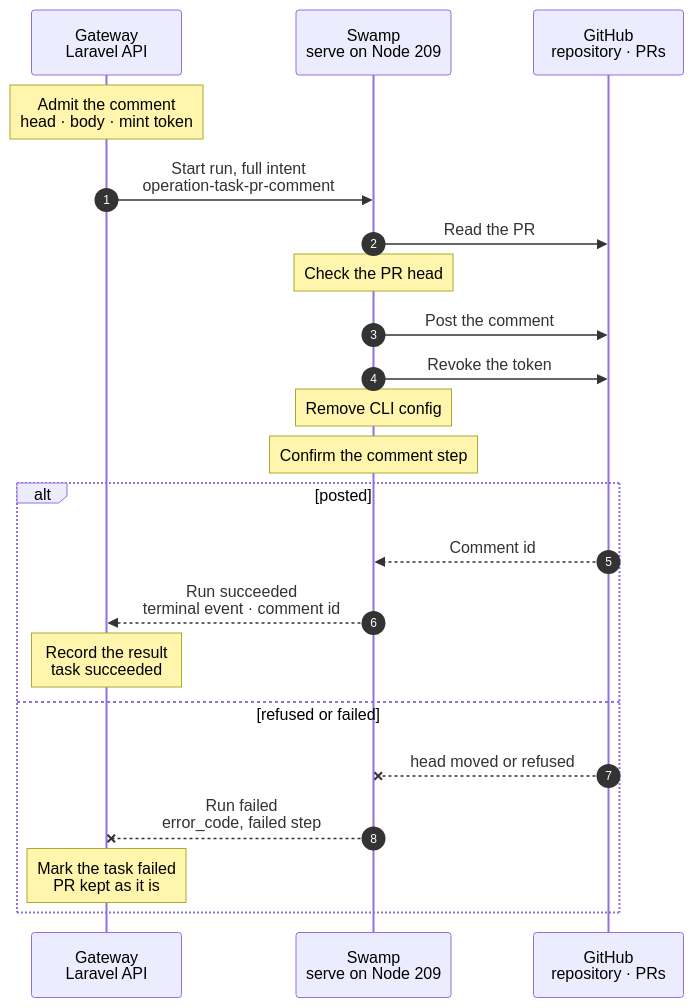
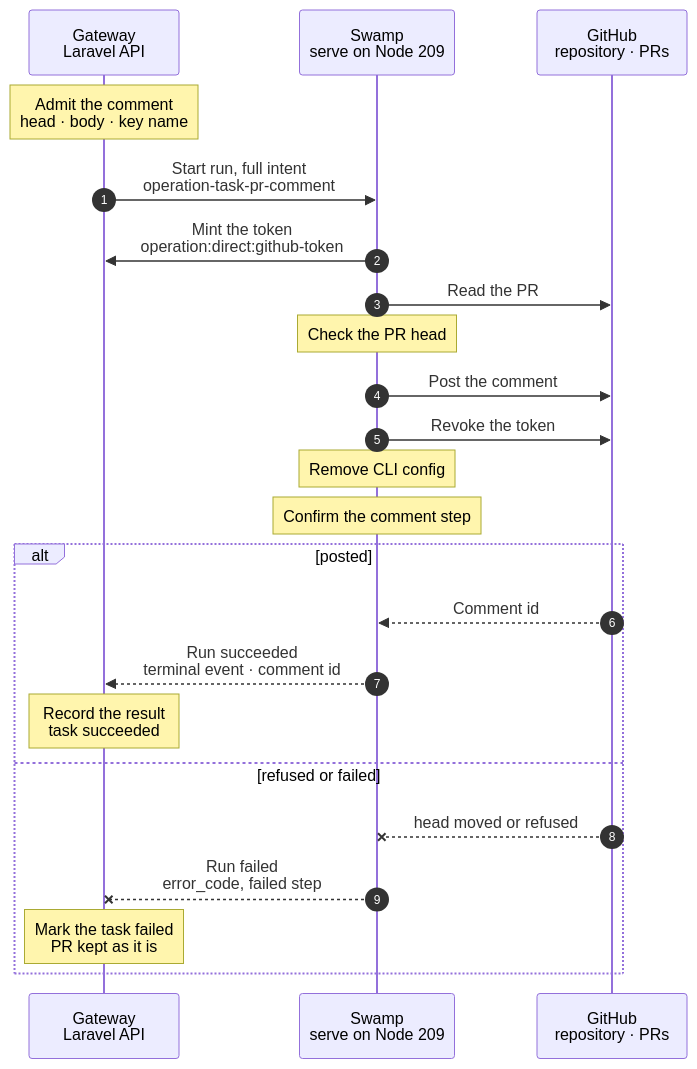
The diagram in docs/cli/tasks/pr-comment.mmd (hardimpactdev/orbit), drawn with Mermaid before and after one commit. The commit also changed 18 other files, not shown here.

First line of the commit message:
tasks: mint the pull request step and approved push tokens at their step

```diff
--- a/docs/cli/tasks/pr-comment.mmd
+++ b/docs/cli/tasks/pr-comment.mmd
@@ -1,63 +1,69 @@
 sequenceDiagram
   %% Target design: stage 4 of the command development pipeline (docs/reference/pipeline/4-pr-and-ci.mmd, "Review the PR head": the verdict is posted as a PR comment by the App). It follows tasks.pr_ready: the Gateway admits and mints, Swamp calls GitHub.
   %% status: migrated
   %% kind: tasks.pr_comment
   autonumber
   %% lane GW icon=gateway pill=intent tone=blue
   %% lane SW icon=workflow pill=executes tone=green
   %% lane GH icon=server pill=target tone=purple
   participant GW as Gateway<br/>Laravel API
   participant SW as Swamp<br/>serve on Node 209
   participant GH as GitHub<br/>repository · PRs
-  Note over GW: Admit the comment<br/>head · body · mint token
+  Note over GW: Admit the comment<br/>head · body · key name
   %%> Who calls it:
   %%> - the gate check `tasks:pr-gate`, once for each review round, after the reviewer turn ended; there is no command, route or MCP tool
   %%> Requirements:
   %%> - the group is an open external group with a published PR that is open, and the PR head is exactly the head of the round
   %%> - no other task runs on the group; the Gateway holds one lock per group
   %%> What it does:
   %%> - builds the body from the verdict and the findings of the round
-  %%> - mints a write token with only `pull_requests: write` and pushes it to the vault as `pr-comment-write-<uuid>` after commit
+  %%> - names the vault key `pr-comment-write-<uuid>` for the write token; it mints no token
   GW->>SW: Start run, full intent<br/>operation-task-pr-comment
   %%> What it does:
   %%> - starts one Swamp run on serve (Node 209); no Node is a target
   %%> Inputs:
   %%> - the repository, PR number, expected head and the comment body
   %%> - the vault key name of the token, never the token
+  SW->>GW: Mint the token<br/>operation:direct:github-token
+  %%> What it does:
+  %%> - the first step posts the run id to the Gateway; the Gateway checks the Operation, the run and the repository, mints a token with only `pull_requests: write`, and writes it to the vault key that admission named
+  %%> Why here and not at admission:
+  %%> - an installation token lives one hour; the token is minted when the step that uses it runs
+  %%> - no task VM holds a GitHub credential
   SW->>GH: Read the PR
   %%> What it does:
   %%> - one `gh api` read of the state and the head SHA
   Note over SW: Check the PR head
   %%> Refuses:
   %%> - a head other than the admitted one, or a PR that is no longer open, with `tasks_pr.head_moved`; nothing is posted
   SW->>GH: Post the comment
   %%> What it does:
   %%> - posts the body as a comment on the PR with the App token, passed by vault key name, so Nick can read the verdict on the PR
   SW->>GH: Revoke the token
   %%> When:
   %%> - always, on success and failure; best effort because the token expires within one hour
   Note over SW: Remove CLI config
   %%> What it does:
   %%> - removes the private GitHub CLI configuration directory of this run
   Note over SW: Confirm the comment step
   alt posted
     GH-->>SW: Comment id
     %%> Returns:
     %%> - the id of the new comment
     SW-->>GW: Run succeeded<br/>terminal event · comment id
     %%> How the Gateway learns it:
     %%> - its shared run reader sees the terminal event; Swamp never calls the Gateway
     Note over GW: Record the result<br/>task succeeded
     %%> Result:
     %%> - the task succeeds with the comment id; the gate check goes on to the merge step or the fix
   else refused or failed
     GH--xSW: head moved or refused
     %%> When:
     %%> - the head moved or GitHub refused the comment
     SW--xGW: Run failed<br/>error_code, failed step
     %%> The Gateway reads:
     %%> - which step failed and its error code, such as `tasks_pr.head_moved`
     Note over GW: Mark the task failed<br/>PR kept as it is
     %%> Result:
     %%> - the task fails and the PR stays as it is; the gate check does not post the same comment again, because the admission is keyed by group and head
   end
```
